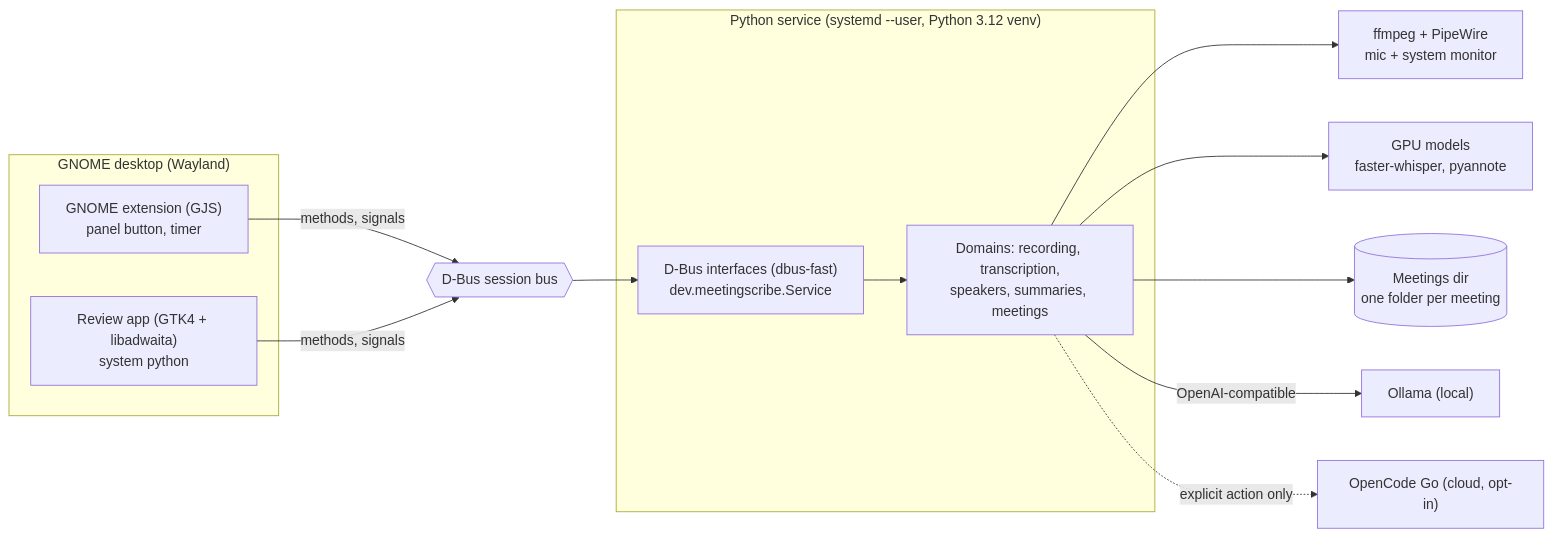
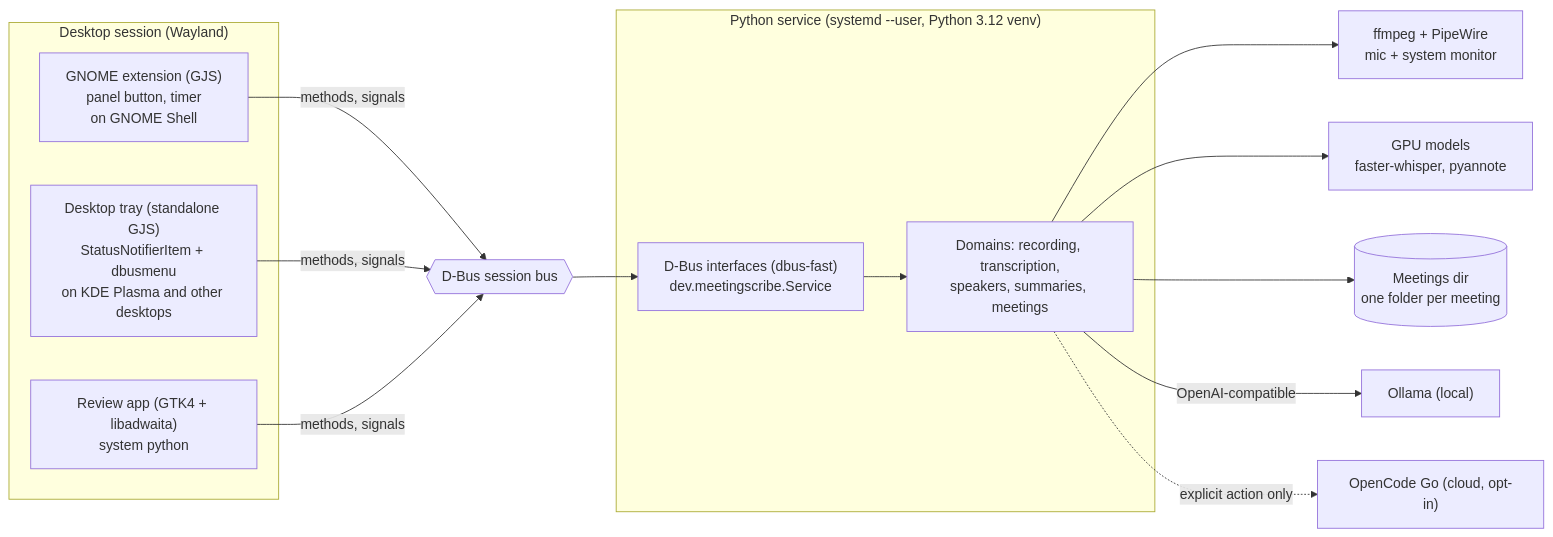
Before and after one commit to CorsairRom/meeting-scribe: the first of 3 diagrams in ARCHITECTURE.md, drawn with Mermaid. The commit also changed other lines of this file and 9 other files, not shown here.

Commit message:
docs(tray): add the tray runbook and document the tray in the architecture (#158)

````diff
--- a/ARCHITECTURE.md
+++ b/ARCHITECTURE.md
@@ -19,27 +19,29 @@
 ```mermaid
 flowchart LR
-  subgraph Desktop["GNOME desktop (Wayland)"]
-    EXT["GNOME extension (GJS)<br/>panel button, timer"]
+  subgraph Desktop["Desktop session (Wayland)"]
+    EXT["GNOME extension (GJS)<br/>panel button, timer<br/>on GNOME Shell"]
+    TRAY["Desktop tray (standalone GJS)<br/>StatusNotifierItem + dbusmenu<br/>on KDE Plasma and other desktops"]
     REVIEW["Review app (GTK4 + libadwaita)<br/>system python"]
   end
   BUS{{"D-Bus session bus"}}
   subgraph Service["Python service (systemd --user, Python 3.12 venv)"]
     API["D-Bus interfaces (dbus-fast)<br/>dev.meetingscribe.Service"]
     APP["Domains: recording, transcription,<br/>speakers, summaries, meetings"]
     API --> APP
   end
   AUDIO["ffmpeg + PipeWire<br/>mic + system monitor"]
   GPU["GPU models<br/>faster-whisper, pyannote"]
   FS[("Meetings dir<br/>one folder per meeting")]
   LLM_L["Ollama (local)"]
   LLM_C["OpenCode Go (cloud, opt-in)"]
 
   EXT -- "methods, signals" --> BUS
+  TRAY -- "methods, signals" --> BUS
   REVIEW -- "methods, signals" --> BUS
   BUS --> API
   APP --> AUDIO
   APP --> GPU
   APP --> FS
   APP -- "OpenAI-compatible" --> LLM_L
   APP -. "explicit action only" .-> LLM_C
 ```
````
